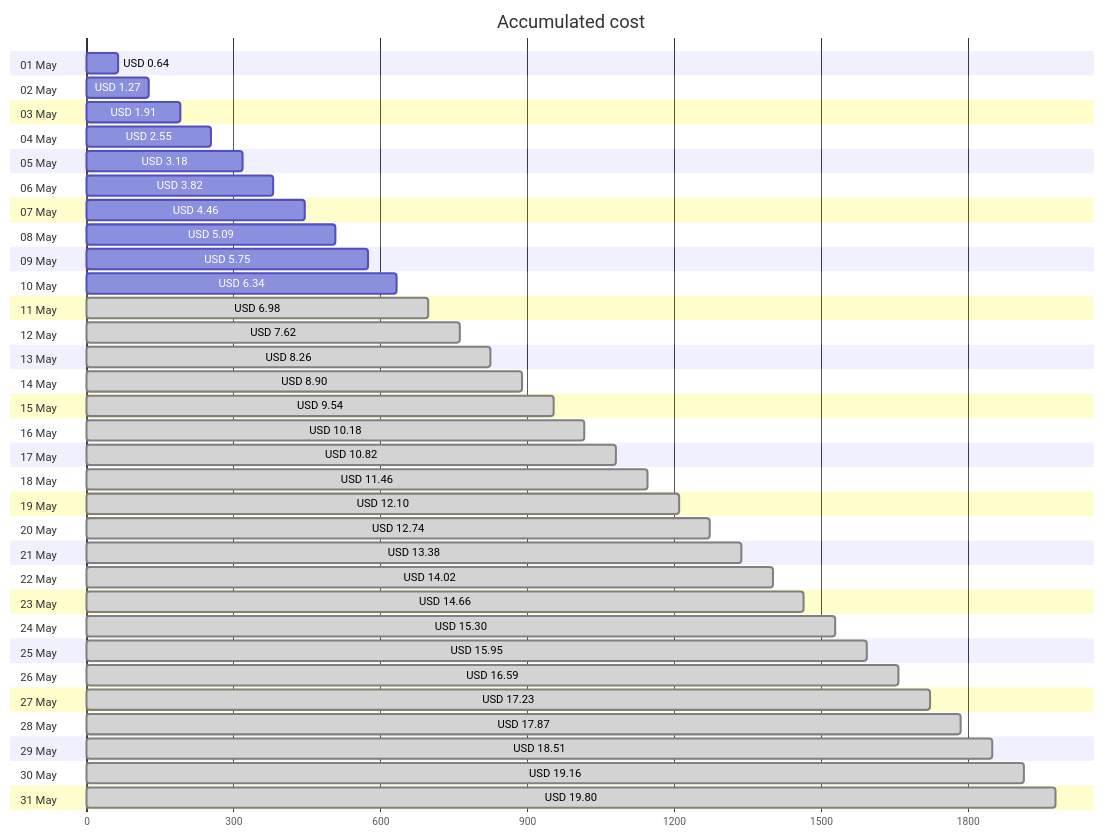
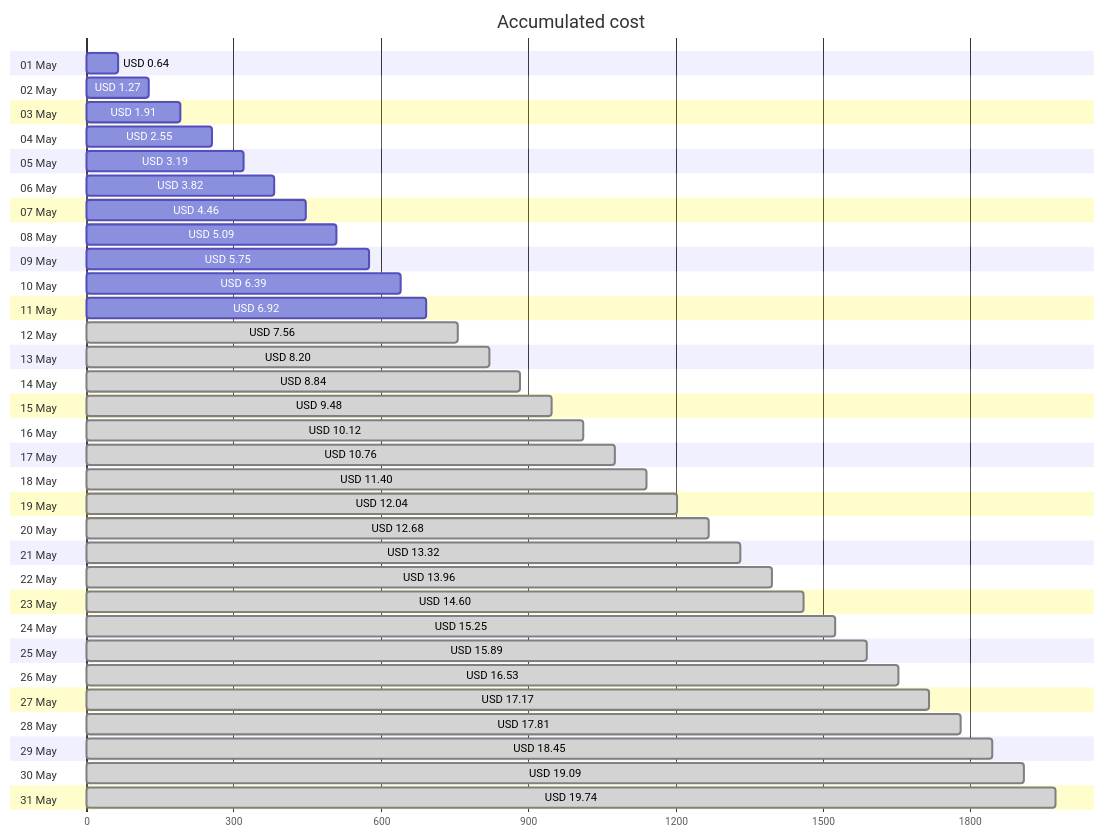
Before and after one commit to jpfulton/azure-personal-reports: the first of 4 diagrams in cost-reports/accumulated-cost.md, drawn with Mermaid. The commit also changed other lines of this file and 4 other files, not shown here.

````diff
--- a/cost-reports/accumulated-cost.md
+++ b/cost-reports/accumulated-cost.md
@@ -20,68 +20,68 @@
 ```mermaid
 gantt
    title Accumulated cost
    dateFormat  X
    axisFormat %s
    section 01 May
    USD 0.64 :0, 64
    section 02 May
    USD 1.27 :0, 127
    section 03 May
    USD 1.91 :0, 191
    section 04 May
    USD 2.55 :0, 255
    section 05 May
-   USD 3.18 :0, 318
+   USD 3.19 :0, 319
    section 06 May
    USD 3.82 :0, 382
    section 07 May
    USD 4.46 :0, 446
    section 08 May
    USD 5.09 :0, 509
    section 09 May
    USD 5.75 :0, 575
    section 10 May
-   USD 6.34 :0, 634
+   USD 6.39 :0, 639
    section 11 May
-   USD 6.98 : done, 0, 698
+   USD 6.92 :0, 692
    section 12 May
-   USD 7.62 : done, 0, 762
+   USD 7.56 : done, 0, 756
    section 13 May
-   USD 8.26 : done, 0, 826
+   USD 8.20 : done, 0, 820
    section 14 May
-   USD 8.90 : done, 0, 890
+   USD 8.84 : done, 0, 884
    section 15 May
-   USD 9.54 : done, 0, 954
+   USD 9.48 : done, 0, 948
    section 16 May
-   USD 10.18 : done, 0, 1018
+   USD 10.12 : done, 0, 1012
    section 17 May
-   USD 10.82 : done, 0, 1082
+   USD 10.76 : done, 0, 1076
    section 18 May
-   USD 11.46 : done, 0, 1146
+   USD 11.40 : done, 0, 1140
    section 19 May
-   USD 12.10 : done, 0, 1210
+   USD 12.04 : done, 0, 1204
    section 20 May
-   USD 12.74 : done, 0, 1274
+   USD 12.68 : done, 0, 1268
    section 21 May
-   USD 13.38 : done, 0, 1338
+   USD 13.32 : done, 0, 1332
    section 22 May
-   USD 14.02 : done, 0, 1402
+   USD 13.96 : done, 0, 1396
    section 23 May
-   USD 14.66 : done, 0, 1466
+   USD 14.60 : done, 0, 1460
    section 24 May
-   USD 15.30 : done, 0, 1530
+   USD 15.25 : done, 0, 1525
    section 25 May
-   USD 15.95 : done, 0, 1595
+   USD 15.89 : done, 0, 1589
    section 26 May
-   USD 16.59 : done, 0, 1659
+   USD 16.53 : done, 0, 1653
    section 27 May
-   USD 17.23 : done, 0, 1723
+   USD 17.17 : done, 0, 1717
    section 28 May
-   USD 17.87 : done, 0, 1787
+   USD 17.81 : done, 0, 1781
    section 29 May
-   USD 18.51 : done, 0, 1851
+   USD 18.45 : done, 0, 1845
    section 30 May
-   USD 19.16 : done, 0, 1916
+   USD 19.09 : done, 0, 1909
    section 31 May
-   USD 19.80 : done, 0, 1980
+   USD 19.74 : done, 0, 1974
 ```
````
